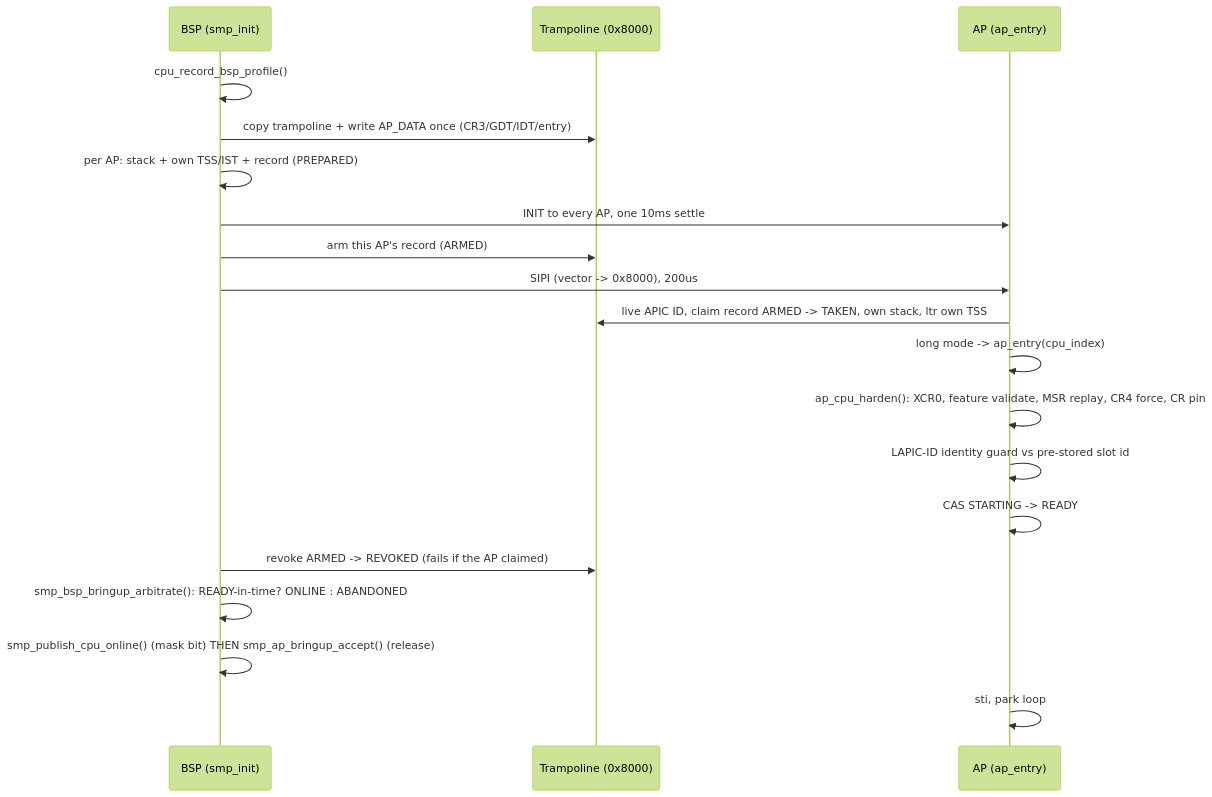
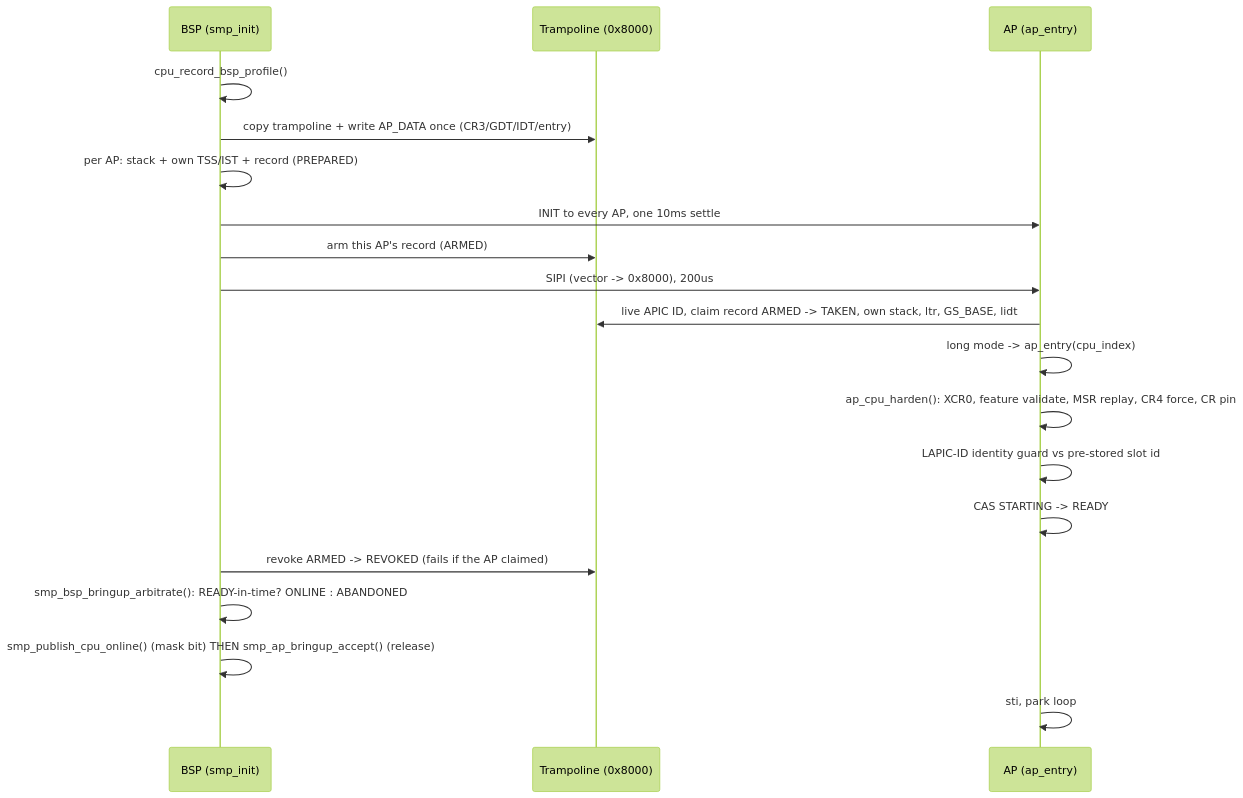
Before and after one commit to rizonesoft/impossible-os: the diagram in docs/boot/cpu-boot-sequencing.md, drawn with Mermaid (forest theme). The commit also changed other lines of this file and 13 other files, not shown here.

````diff
--- a/docs/boot/cpu-boot-sequencing.md
+++ b/docs/boot/cpu-boot-sequencing.md
@@ -16,21 +16,21 @@
 ```mermaid
 sequenceDiagram
   participant BSP as BSP (smp_init)
   participant Tramp as Trampoline (0x8000)
   participant AP as AP (ap_entry)
   BSP->>BSP: cpu_record_bsp_profile()
   BSP->>Tramp: copy trampoline + write AP_DATA once (CR3/GDT/IDT/entry)
   BSP->>BSP: per AP: stack + own TSS/IST + record (PREPARED)
   BSP->>AP: INIT to every AP, one 10ms settle
   BSP->>Tramp: arm this AP's record (ARMED)
   BSP->>AP: SIPI (vector -> 0x8000), 200us
-  AP->>Tramp: live APIC ID, claim record ARMED -> TAKEN, own stack, ltr own TSS
+  AP->>Tramp: live APIC ID, claim record ARMED -> TAKEN, own stack, ltr, GS_BASE, lidt
   AP->>AP: long mode -> ap_entry(cpu_index)
   AP->>AP: ap_cpu_harden(): XCR0, feature validate, MSR replay, CR4 force, CR pin
   AP->>AP: LAPIC-ID identity guard vs pre-stored slot id
   AP->>AP: CAS STARTING -> READY
   BSP->>Tramp: revoke ARMED -> REVOKED (fails if the AP claimed)
   BSP->>BSP: smp_bsp_bringup_arbitrate(): READY-in-time? ONLINE : ABANDONED
   BSP->>BSP: smp_publish_cpu_online() (mask bit) THEN smp_ap_bringup_accept() (release)
   AP->>AP: sti, park loop
 ```
````
